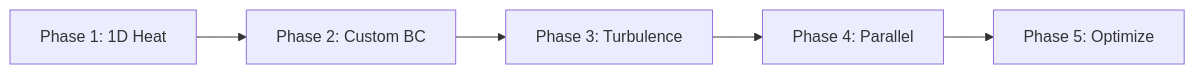
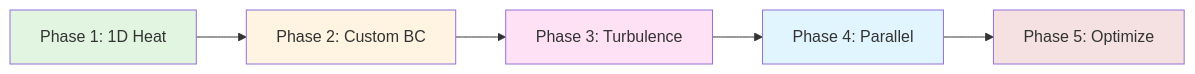
Before and after one commit to wramet/build-my-cfd: the diagram in MODULE_10_CFD_ENGINE_DEVELOPMENT/CONTENT/04_CAPSTONE_PROJECT/00_Project_Overview.md, drawn with Mermaid. The commit also changed other lines of this file and 203 other files, not shown here.

````diff
--- a/MODULE_10_CFD_ENGINE_DEVELOPMENT/CONTENT/04_CAPSTONE_PROJECT/00_Project_Overview.md
+++ b/MODULE_10_CFD_ENGINE_DEVELOPMENT/CONTENT/04_CAPSTONE_PROJECT/00_Project_Overview.md
@@ -26,7 +33,13 @@
 ```mermaid
 flowchart LR
     P1[Phase 1: 1D Heat] --> P2[Phase 2: Custom BC]
     P2 --> P3[Phase 3: Turbulence]
     P3 --> P4[Phase 4: Parallel]
     P4 --> P5[Phase 5: Optimize]
+    
+    style P1 fill:#e1f5e1
+    style P2 fill:#fff4e1
+    style P3 fill:#ffe1f5
+    style P4 fill:#e1f5ff
+    style P5 fill:#f5e1e1
 ```
````
